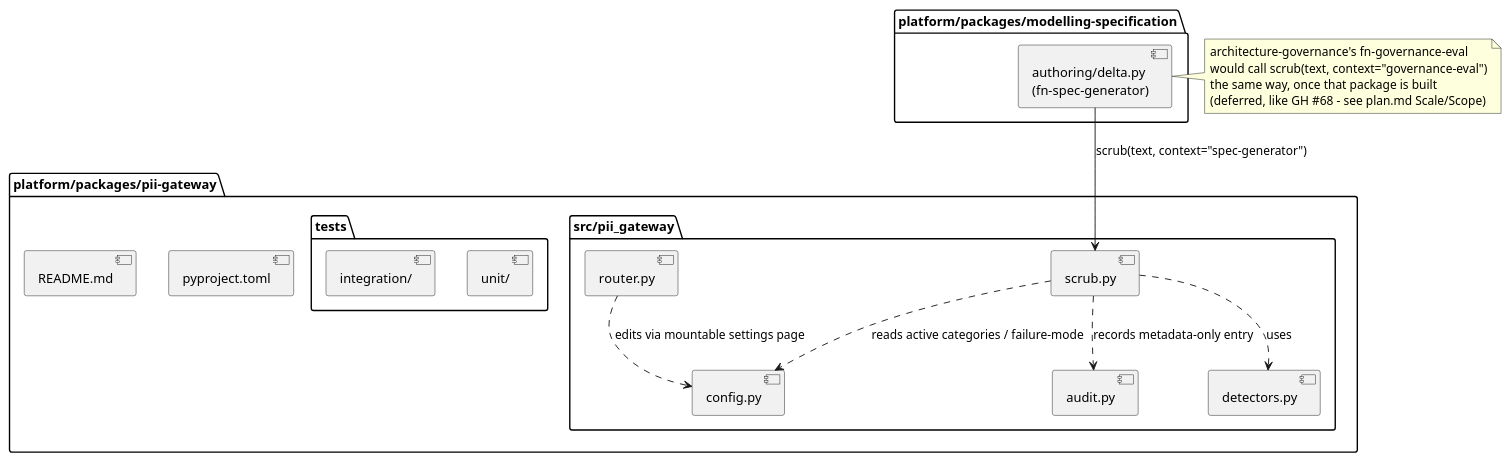
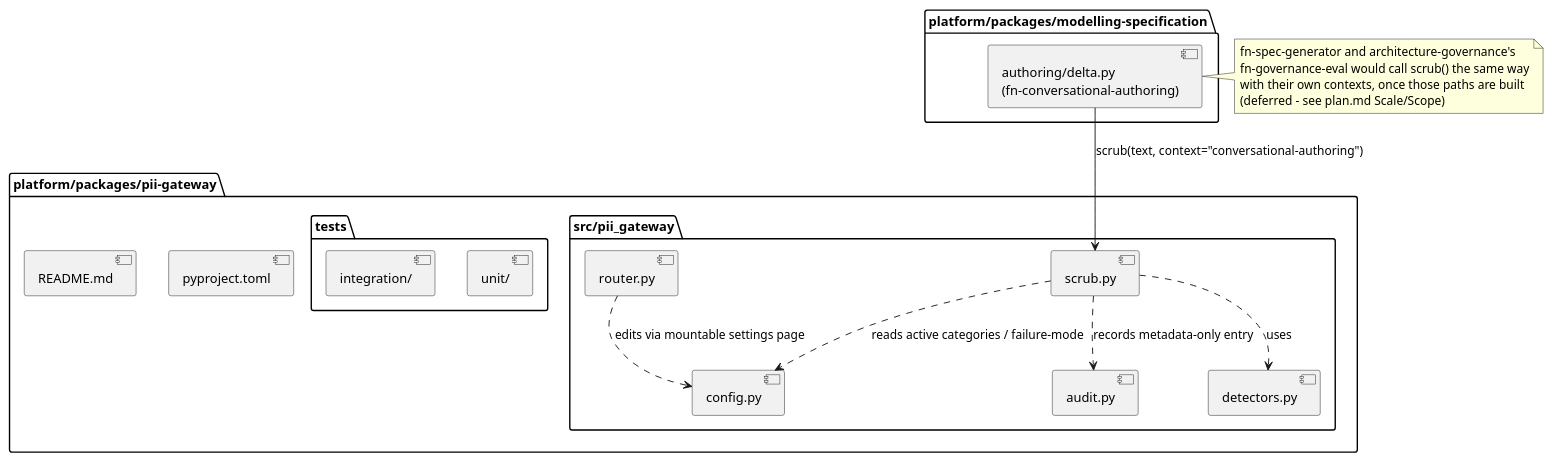
One commit to wolffy-au/frictionless-architect changed the diagram in platform/packages/pii-gateway/specs/001-pii-gateway/plan.md. Above: the diagram before and after it, drawn with PlantUML. The commit also changed other lines of this file and 3 other files, not shown here.

First line of the commit message:
docs(pii-gateway): name conversational authoring as the wired caller

````diff
--- a/platform/packages/pii-gateway/specs/001-pii-gateway/plan.md
+++ b/platform/packages/pii-gateway/specs/001-pii-gateway/plan.md
@@ -122,36 +123,36 @@
 ```plantuml
 @startuml
 package "platform/packages/pii-gateway" {
   [pyproject.toml]
   package "src/pii_gateway" {
     [scrub.py] as scrub
     [detectors.py] as detectors
     [config.py] as config
     [audit.py] as audit
     [router.py] as router
   }
   package "tests" {
     [unit/]
     [integration/]
   }
   [README.md]
 }
 
 package "platform/packages/modelling-specification" as mdl {
-  [authoring/delta.py\n(fn-spec-generator)] as delta
+  [authoring/delta.py\n(fn-conversational-authoring)] as delta
 }
 
 scrub ..> detectors : uses
 scrub ..> config : reads active categories / failure-mode
 scrub ..> audit : records metadata-only entry
 router ..> config : edits via mountable settings page
 
-delta --> scrub : scrub(text, context="spec-generator")
+delta --> scrub : scrub(text, context="conversational-authoring")
 note right of delta
-  architecture-governance's fn-governance-eval
-  would call scrub(text, context="governance-eval")
-  the same way, once that package is built
-  (deferred, like GH #68 - see plan.md Scale/Scope)
+  fn-spec-generator and architecture-governance's
+  fn-governance-eval would call scrub() the same way
+  with their own contexts, once those paths are built
+  (deferred - see plan.md Scale/Scope)
 end note
 @enduml
 ```
````
